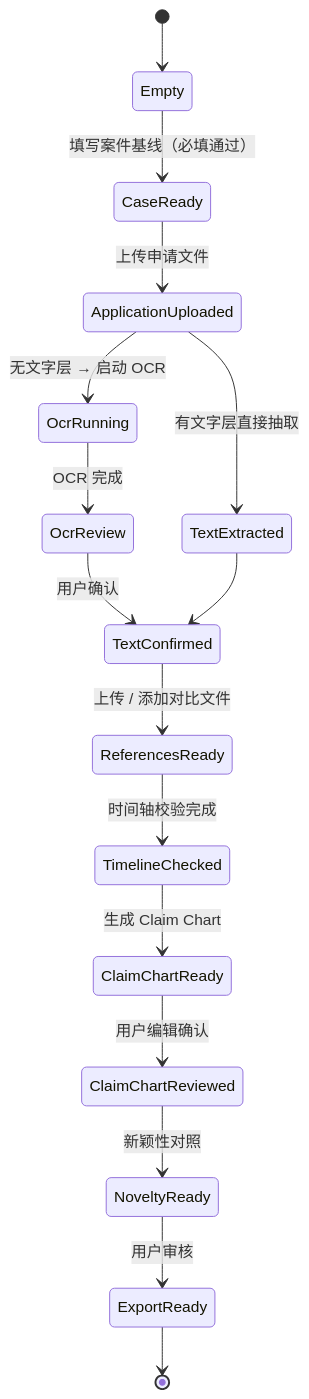
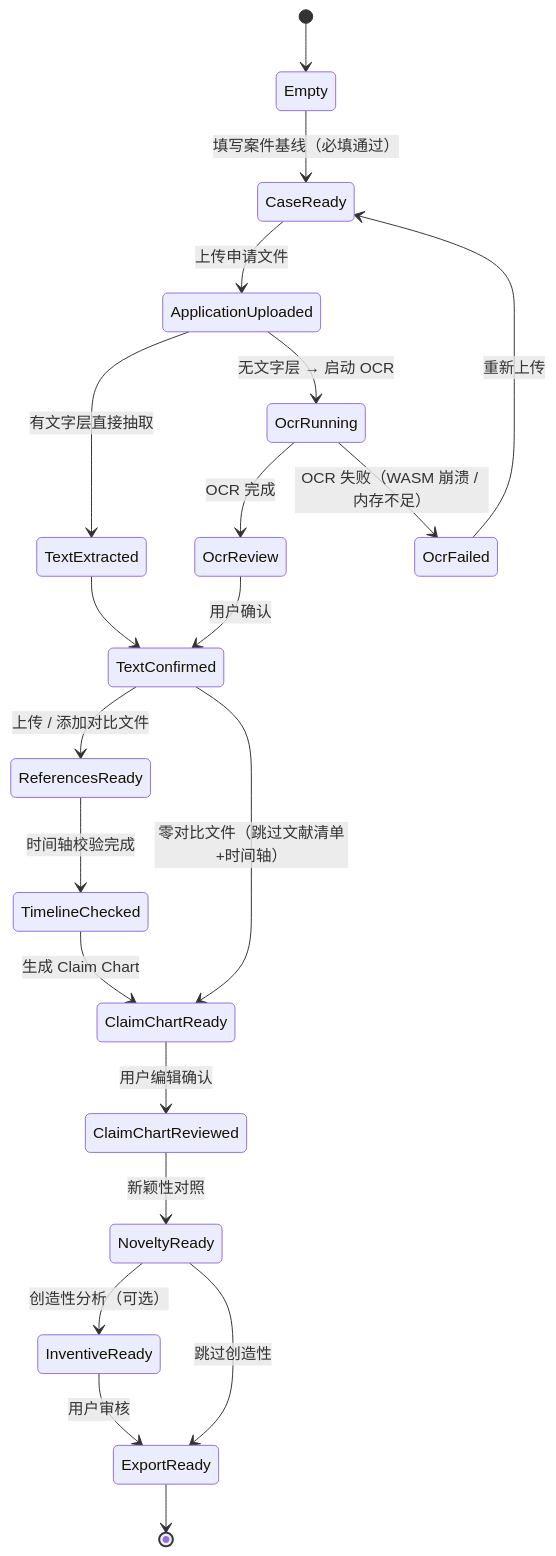
Before and after one commit to wukun2005-gif/patentExaminator: the third of 4 diagrams in DEVELOPMENT_PLAN-v0.1.0.md, drawn with Mermaid. The commit also changed other lines of this file and 1 other file, not shown here.

````diff
--- a/DEVELOPMENT_PLAN-v0.1.0.md
+++ b/DEVELOPMENT_PLAN-v0.1.0.md
@@ -862,18 +884,23 @@
 ```mermaid
 stateDiagram-v2
     [*] --> Empty
     Empty --> CaseReady: 填写案件基线（必填通过）
     CaseReady --> ApplicationUploaded: 上传申请文件
     ApplicationUploaded --> TextExtracted: 有文字层直接抽取
     ApplicationUploaded --> OcrRunning: 无文字层 → 启动 OCR
     OcrRunning --> OcrReview: OCR 完成
+    OcrRunning --> OcrFailed: OCR 失败（WASM 崩溃 / 内存不足）
+    OcrFailed --> CaseReady: 重新上传
     OcrReview --> TextConfirmed: 用户确认
     TextExtracted --> TextConfirmed
     TextConfirmed --> ReferencesReady: 上传 / 添加对比文件
+    TextConfirmed --> ClaimChartReady: 零对比文件（跳过文献清单+时间轴）
     ReferencesReady --> TimelineChecked: 时间轴校验完成
     TimelineChecked --> ClaimChartReady: 生成 Claim Chart
     ClaimChartReady --> ClaimChartReviewed: 用户编辑确认
     ClaimChartReviewed --> NoveltyReady: 新颖性对照
-    NoveltyReady --> ExportReady: 用户审核
+    NoveltyReady --> InventiveReady: 创造性分析（可选）
+    NoveltyReady --> ExportReady: 跳过创造性
+    InventiveReady --> ExportReady: 用户审核
     ExportReady --> [*]
 ```
````
